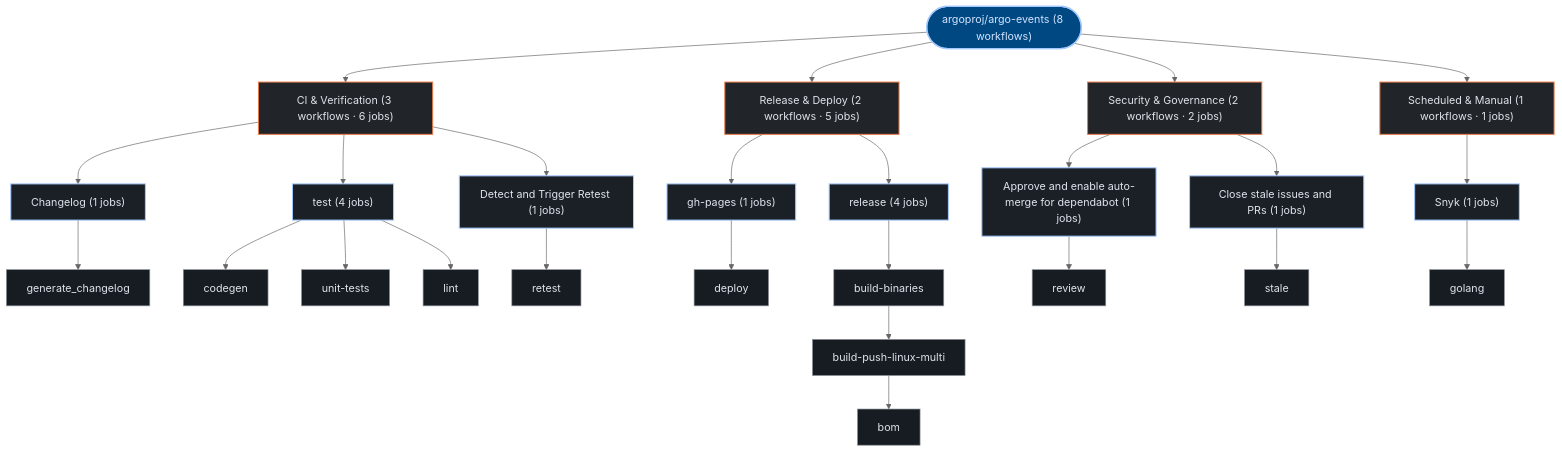
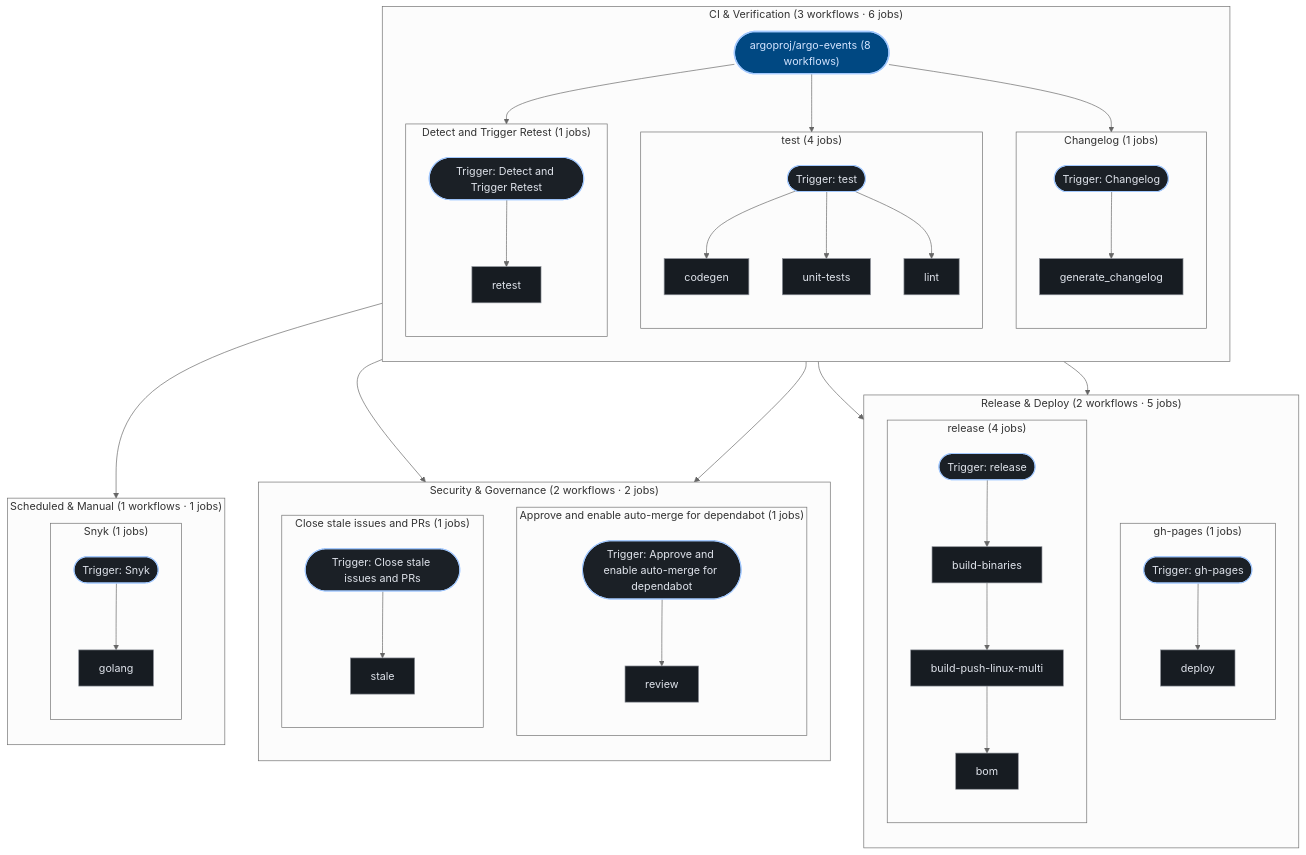
The third of 3 diagrams in exports/latest/reports/argoproj-argo-events-report.md (kumarshaz/atruss-code-atlas), drawn with Mermaid (neutral theme) before and after one commit. The commit also changed 181 other files, not shown here.

````diff
--- a/exports/latest/reports/argoproj-argo-events-report.md
+++ b/exports/latest/reports/argoproj-argo-events-report.md
@@ -250,52 +250,80 @@
   classDef atlasAlert fill:#93000a,stroke:#ffb4ab,stroke-width:1.5px,color:#ffdad6
   classDef atlasMore fill:#252a31,stroke:#8d9199,stroke-dasharray:4 4,color:#c3c6cf
   pipeline_root(["argoproj/argo-events (8 workflows)"]):::atlasRoot
-  grp_0_CI___Verification["CI & Verification (3 workflows · 6 jobs)"]:::atlasCategory
-  pipeline_root --> grp_0_CI___Verification
-  wf_0_Changelog["Changelog (1 jobs)"]:::atlasWorkflow
-  grp_0_CI___Verification --> wf_0_Changelog
-  job_0_generate_changelog["generate_changelog"]:::atlasJob
-  wf_0_Changelog --> job_0_generate_changelog
-  wf_1_test["test (4 jobs)"]:::atlasWorkflow
-  grp_0_CI___Verification --> wf_1_test
-  job_1_codegen["codegen"]:::atlasJob
-  job_1_unit_tests["unit-tests"]:::atlasJob
-  job_1_lint["lint"]:::atlasJob
-  wf_1_test --> job_1_codegen
-  wf_1_test --> job_1_unit_tests
-  wf_1_test --> job_1_lint
-  wf_5_Detect_and_Trigger_Retest["Detect and Trigger Retest (1 jobs)"]:::atlasWorkflow
-  grp_0_CI___Verification --> wf_5_Detect_and_Trigger_Retest
-  job_5_retest["retest"]:::atlasJob
-  wf_5_Detect_and_Trigger_Retest --> job_5_retest
-  grp_1_Release___Deploy["Release & Deploy (2 workflows · 5 jobs)"]:::atlasCategory
-  pipeline_root --> grp_1_Release___Deploy
-  wf_3_gh_pages["gh-pages (1 jobs)"]:::atlasWorkflow
-  grp_1_Release___Deploy --> wf_3_gh_pages
-  job_3_deploy["deploy"]:::atlasJob
-  wf_3_gh_pages --> job_3_deploy
-  wf_4_release["release (4 jobs)"]:::atlasWorkflow
-  grp_1_Release___Deploy --> wf_4_release
-  job_4_build_binaries["build-binaries"]:::atlasJob
-  job_4_build_push_linux_multi["build-push-linux-multi"]:::atlasJob
-  job_4_bom["bom"]:::atlasJob
-  wf_4_release --> job_4_build_binaries
-  job_4_build_binaries --> job_4_build_push_linux_multi
-  job_4_build_push_linux_multi --> job_4_bom
-  grp_2_Security___Governance["Security & Governance (2 workflows · 2 jobs)"]:::atlasCategory
-  pipeline_root --> grp_2_Security___Governance
-  wf_2_Approve_and_enable_auto_merge_for_dependabot["Approve and enable auto-merge for dependabot (1 jobs)"]:::atlasWorkflow
-  grp_2_Security___Governance --> wf_2_Approve_and_enable_auto_merge_for_dependabot
-  job_2_review["review"]:::atlasJob
-  wf_2_Approve_and_enable_auto_merge_for_dependabot --> job_2_review
-  wf_7_Close_stale_issues_and_PRs["Close stale issues and PRs (1 jobs)"]:::atlasWorkflow
-  grp_2_Security___Governance --> wf_7_Close_stale_issues_and_PRs
-  job_7_stale["stale"]:::atlasJob
-  wf_7_Close_stale_issues_and_PRs --> job_7_stale
-  grp_3_Scheduled___Manual["Scheduled & Manual (1 workflows · 1 jobs)"]:::atlasCategory
-  pipeline_root --> grp_3_Scheduled___Manual
-  wf_6_Snyk["Snyk (1 jobs)"]:::atlasWorkflow
-  grp_3_Scheduled___Manual --> wf_6_Snyk
-  job_6_golang["golang"]:::atlasJob
-  wf_6_Snyk --> job_6_golang
+  subgraph sg_grp_0_CI___Verification["CI & Verification (3 workflows · 6 jobs)"]
+    direction TB
+    subgraph sg_wf_0_Changelog["Changelog (1 jobs)"]
+      direction TB
+      wf_0_Changelog(["Trigger: Changelog"]):::atlasWorkflow
+      job_0_generate_changelog["generate_changelog"]:::atlasJob
+      wf_0_Changelog --> job_0_generate_changelog
+    end
+    pipeline_root --> wf_0_Changelog
+    subgraph sg_wf_1_test["test (4 jobs)"]
+      direction TB
+      wf_1_test(["Trigger: test"]):::atlasWorkflow
+      job_1_codegen["codegen"]:::atlasJob
+      job_1_unit_tests["unit-tests"]:::atlasJob
+      job_1_lint["lint"]:::atlasJob
+      wf_1_test --> job_1_codegen
+      wf_1_test --> job_1_unit_tests
+      wf_1_test --> job_1_lint
+    end
+    pipeline_root --> wf_1_test
+    subgraph sg_wf_5_Detect_and_Trigger_Retest["Detect and Trigger Retest (1 jobs)"]
+      direction TB
+      wf_5_Detect_and_Trigger_Retest(["Trigger: Detect and Trigger Retest"]):::atlasWorkflow
+      job_5_retest["retest"]:::atlasJob
+      wf_5_Detect_and_Trigger_Retest --> job_5_retest
+    end
+    pipeline_root --> wf_5_Detect_and_Trigger_Retest
+  end
+  subgraph sg_grp_1_Release___Deploy["Release & Deploy (2 workflows · 5 jobs)"]
+    direction TB
+    subgraph sg_wf_3_gh_pages["gh-pages (1 jobs)"]
+      direction TB
+      wf_3_gh_pages(["Trigger: gh-pages"]):::atlasWorkflow
+      job_3_deploy["deploy"]:::atlasJob
+      wf_3_gh_pages --> job_3_deploy
+    end
+    pipeline_root --> wf_3_gh_pages
+    subgraph sg_wf_4_release["release (4 jobs)"]
+      direction TB
+      wf_4_release(["Trigger: release"]):::atlasWorkflow
+      job_4_build_binaries["build-binaries"]:::atlasJob
+      job_4_build_push_linux_multi["build-push-linux-multi"]:::atlasJob
+      job_4_bom["bom"]:::atlasJob
+      wf_4_release --> job_4_build_binaries
+      job_4_build_binaries --> job_4_build_push_linux_multi
+      job_4_build_push_linux_multi --> job_4_bom
+    end
+    pipeline_root --> wf_4_release
+  end
+  subgraph sg_grp_2_Security___Governance["Security & Governance (2 workflows · 2 jobs)"]
+    direction TB
+    subgraph sg_wf_2_Approve_and_enable_auto_merge_for_dependabot["Approve and enable auto-merge for dependabot (1 jobs)"]
+      direction TB
+      wf_2_Approve_and_enable_auto_merge_for_dependabot(["Trigger: Approve and enable auto-merge for dependabot"]):::atlasWorkflow
+      job_2_review["review"]:::atlasJob
+      wf_2_Approve_and_enable_auto_merge_for_dependabot --> job_2_review
+    end
+    pipeline_root --> wf_2_Approve_and_enable_auto_merge_for_dependabot
+    subgraph sg_wf_7_Close_stale_issues_and_PRs["Close stale issues and PRs (1 jobs)"]
+      direction TB
+      wf_7_Close_stale_issues_and_PRs(["Trigger: Close stale issues and PRs"]):::atlasWorkflow
+      job_7_stale["stale"]:::atlasJob
+      wf_7_Close_stale_issues_and_PRs --> job_7_stale
+    end
+    pipeline_root --> wf_7_Close_stale_issues_and_PRs
+  end
+  subgraph sg_grp_3_Scheduled___Manual["Scheduled & Manual (1 workflows · 1 jobs)"]
+    direction TB
+    subgraph sg_wf_6_Snyk["Snyk (1 jobs)"]
+      direction TB
+      wf_6_Snyk(["Trigger: Snyk"]):::atlasWorkflow
+      job_6_golang["golang"]:::atlasJob
+      wf_6_Snyk --> job_6_golang
+    end
+    pipeline_root --> wf_6_Snyk
+  end
 ```
````
